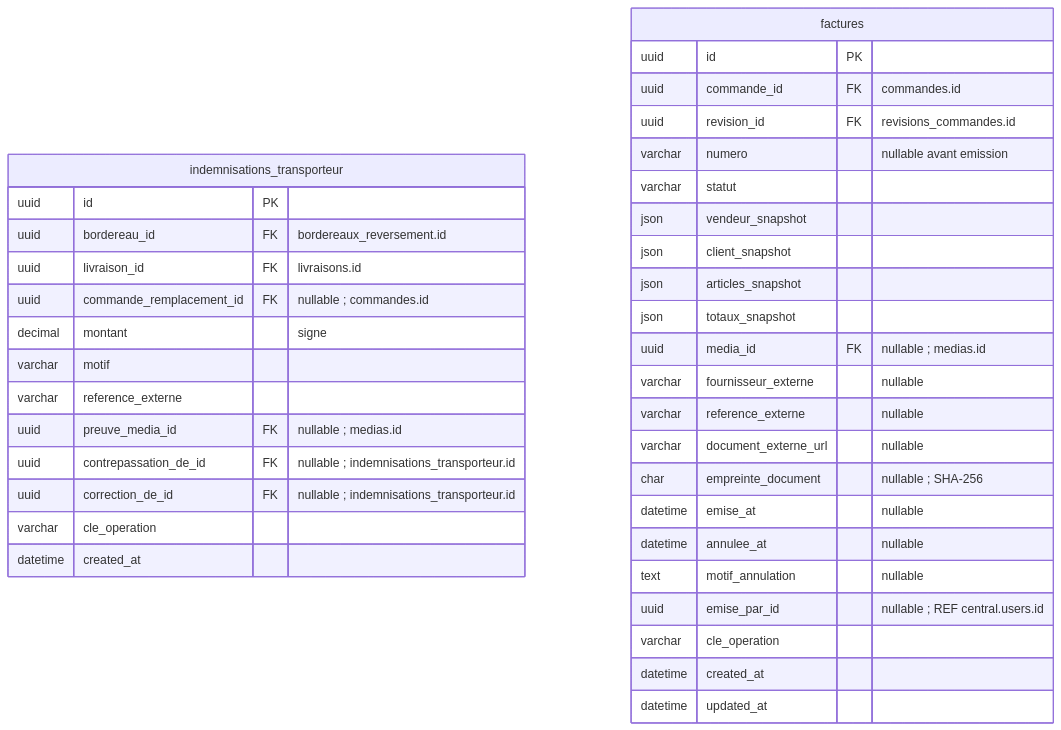
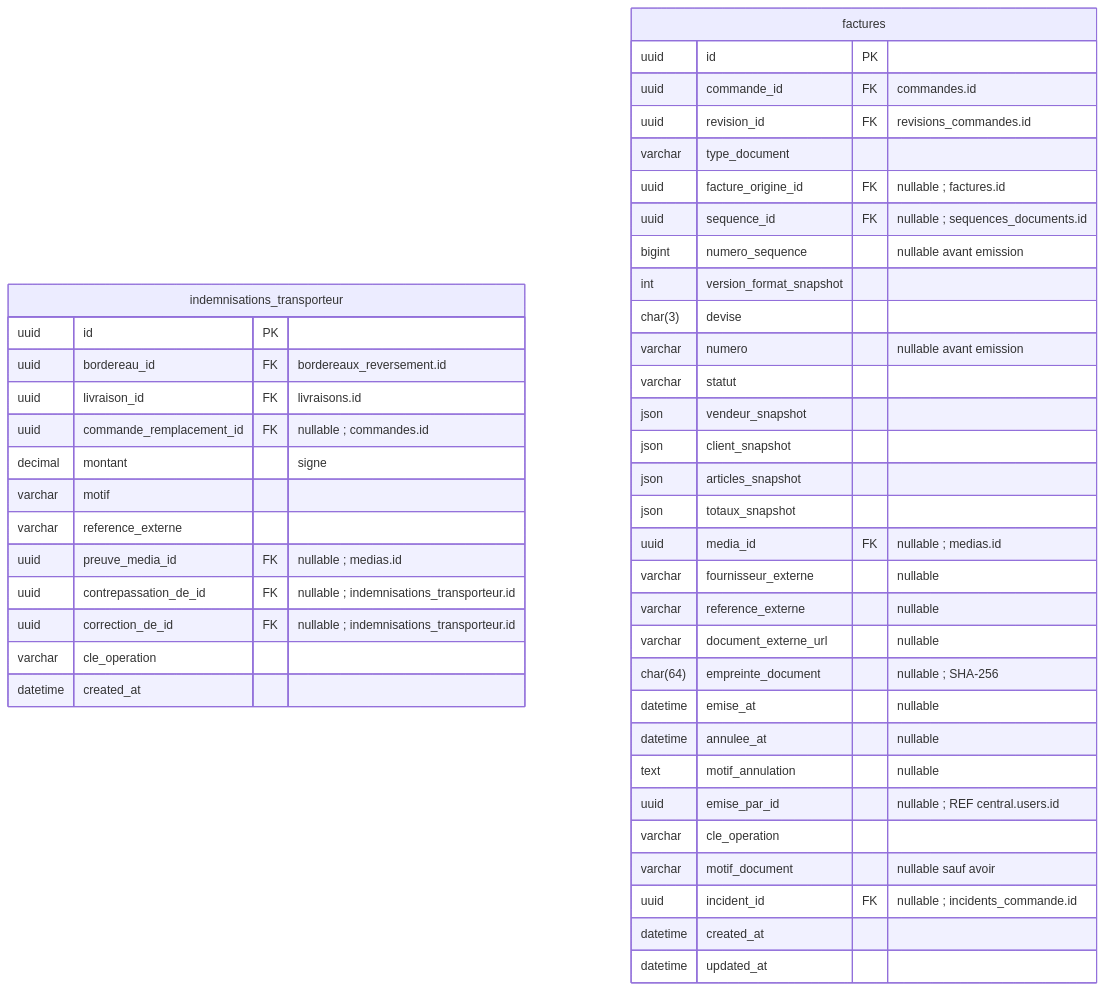
Before and after one commit to unitealfa/saas-ecom: diagram 31 of 36 in Schema-BDD-SaaS-Ecommerce-UUID.md, drawn with Mermaid. The commit also changed other lines of this file, not shown here.

````diff
--- a/Schema-BDD-SaaS-Ecommerce-UUID.md
+++ b/Schema-BDD-SaaS-Ecommerce-UUID.md
@@ -1916,41 +2362,49 @@
 ```mermaid
 erDiagram
     direction TB
     indemnisations_transporteur {
         uuid id PK
         uuid bordereau_id FK "bordereaux_reversement.id"
         uuid livraison_id FK "livraisons.id"
         uuid commande_remplacement_id FK "nullable ; commandes.id"
         decimal montant "signe"
         varchar motif
         varchar reference_externe
         uuid preuve_media_id FK "nullable ; medias.id"
         uuid contrepassation_de_id FK "nullable ; indemnisations_transporteur.id"
         uuid correction_de_id FK "nullable ; indemnisations_transporteur.id"
         varchar cle_operation
         datetime created_at
     }
     factures {
         uuid id PK
         uuid commande_id FK "commandes.id"
         uuid revision_id FK "revisions_commandes.id"
+        varchar type_document
+        uuid facture_origine_id FK "nullable ; factures.id"
+        uuid sequence_id FK "nullable ; sequences_documents.id"
+        bigint numero_sequence "nullable avant emission"
+        int version_format_snapshot
+        char(3) devise
         varchar numero "nullable avant emission"
         varchar statut
         json vendeur_snapshot
         json client_snapshot
         json articles_snapshot
         json totaux_snapshot
         uuid media_id FK "nullable ; medias.id"
         varchar fournisseur_externe "nullable"
         varchar reference_externe "nullable"
         varchar document_externe_url "nullable"
-        char empreinte_document "nullable ; SHA-256"
+        char(64) empreinte_document "nullable ; SHA-256"
         datetime emise_at "nullable"
         datetime annulee_at "nullable"
         text motif_annulation "nullable"
         uuid emise_par_id "nullable ; REF central.users.id"
         varchar cle_operation
+        varchar motif_document "nullable sauf avoir"
+        uuid incident_id FK "nullable ; incidents_commande.id"
         datetime created_at
         datetime updated_at
     }
 ```
````
